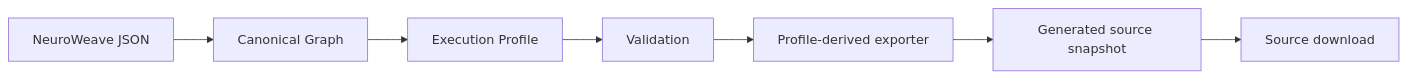
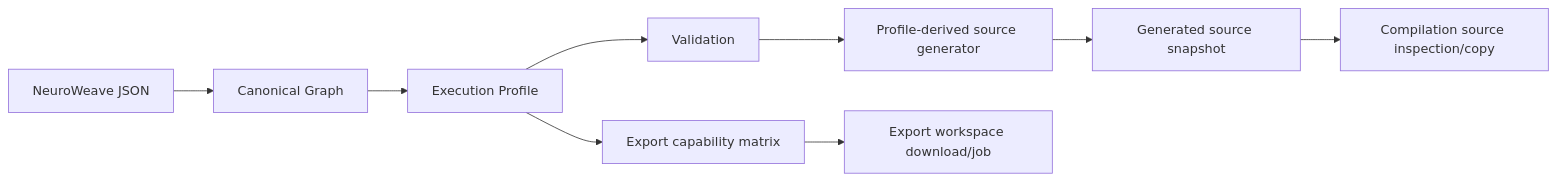
Before and after one commit to CTCycle/Neuro-Weave-Studio: the sixth of 9 diagrams in assets/docs/architecture/model_execution_profile.md, drawn with Mermaid. The commit also changed other lines of this file and 12 other files, not shown here.

````diff
--- a/assets/docs/architecture/model_execution_profile.md
+++ b/assets/docs/architecture/model_execution_profile.md
@@ -94,9 +92,11 @@
 ```mermaid
 flowchart LR
   J[NeuroWeave JSON] --> G[Canonical Graph]
   G --> P[Execution Profile]
   P --> V[Validation]
-  V --> E[Profile-derived exporter]
+  V --> E[Profile-derived source generator]
   E --> S[Generated source snapshot]
-  S --> D[Source download]
+  S --> C[Compilation source inspection/copy]
+  P --> X[Export capability matrix]
+  X --> D[Export workspace download/job]
 ```
````
